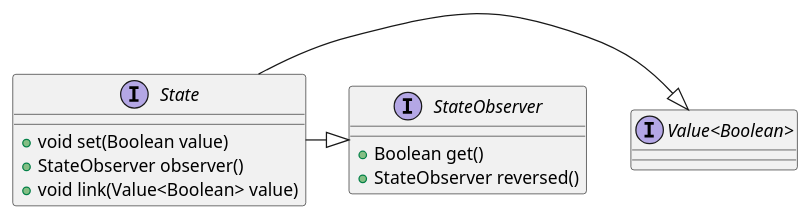
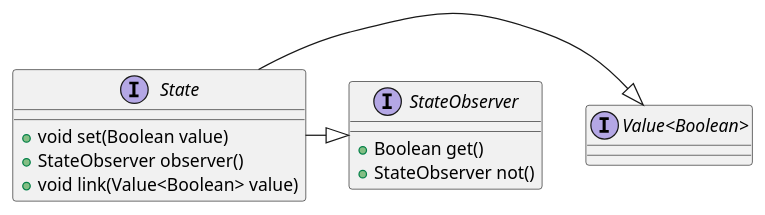
The third of 3 diagrams in documentation/src/docs/asciidoc/manual/common-core.adoc (codion-is/codion), drawn with PlantUML before and after one commit.

Commit message:
Minor doc fix

```diff
--- a/documentation/src/docs/asciidoc/manual/common-core.adoc
+++ b/documentation/src/docs/asciidoc/manual/common-core.adoc
@@ -92,20 +92,20 @@
 [plantuml, state-diagram, svg, align=center]
 -------------------------------------------
 skinparam genericDisplay old
 
 interface State {
     +void set(Boolean value)
     +StateObserver observer()
     +void link(Value<Boolean> value)
 }
 
 interface StateObserver {
     +Boolean get()
-    +StateObserver reversed()
+    +StateObserver not()
 }
 
 interface Value<Boolean> {}
 
 State -|> Value
 State -|> StateObserver
 -------------------------------------------
```
